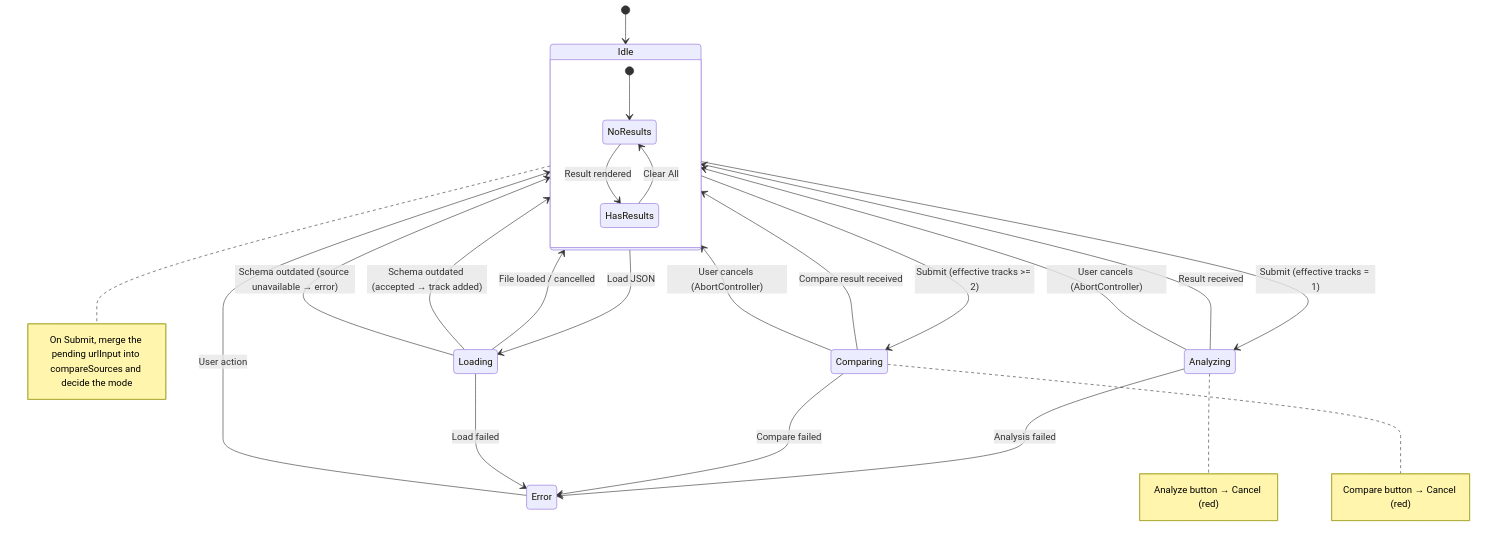
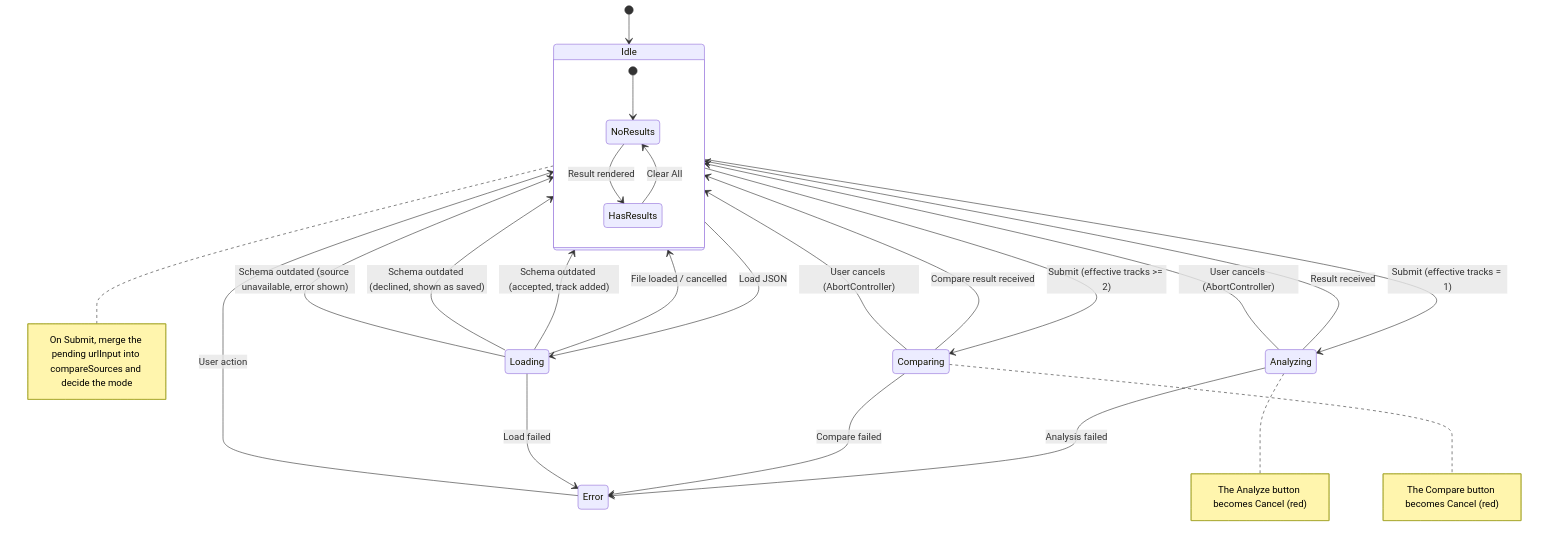
Diagram 11 of 18 in docs/architecture.md (semnil/analyze-spectrum), drawn with Mermaid before and after one commit. The commit also changed other lines of this file and 7 other files, not shown here.

````diff
--- a/docs/architecture.md
+++ b/docs/architecture.md
@@ -276,32 +292,33 @@
 ```mermaid
 stateDiagram-v2
     [*] --> Idle
     Idle --> Analyzing : Submit (effective tracks = 1)
     Idle --> Comparing : Submit (effective tracks >= 2)
     Idle --> Loading : Load JSON
 
     Analyzing --> Idle : Result received
     Analyzing --> Idle : User cancels (AbortController)
     Analyzing --> Error : Analysis failed
 
     Comparing --> Idle : Compare result received
     Comparing --> Idle : User cancels (AbortController)
     Comparing --> Error : Compare failed
 
     Loading --> Idle : File loaded / cancelled
-    Loading --> Idle : Schema outdated (accepted → track added)
-    Loading --> Idle : Schema outdated (source unavailable → error)
+    Loading --> Idle : Schema outdated (accepted, track added)
+    Loading --> Idle : Schema outdated (declined, shown as saved)
+    Loading --> Idle : Schema outdated (source unavailable, error shown)
     Loading --> Error : Load failed
 
     Error --> Idle : User action
 
     state Idle {
         [*] --> NoResults
         NoResults --> HasResults : Result rendered
         HasResults --> NoResults : Clear All
     }
 
     note right of Idle : On Submit, merge the pending urlInput into compareSources and decide the mode
-    note right of Analyzing : Analyze button → Cancel (red)
-    note right of Comparing : Compare button → Cancel (red)
+    note right of Analyzing : The Analyze button becomes Cancel (red)
+    note right of Comparing : The Compare button becomes Cancel (red)
 ```
````
